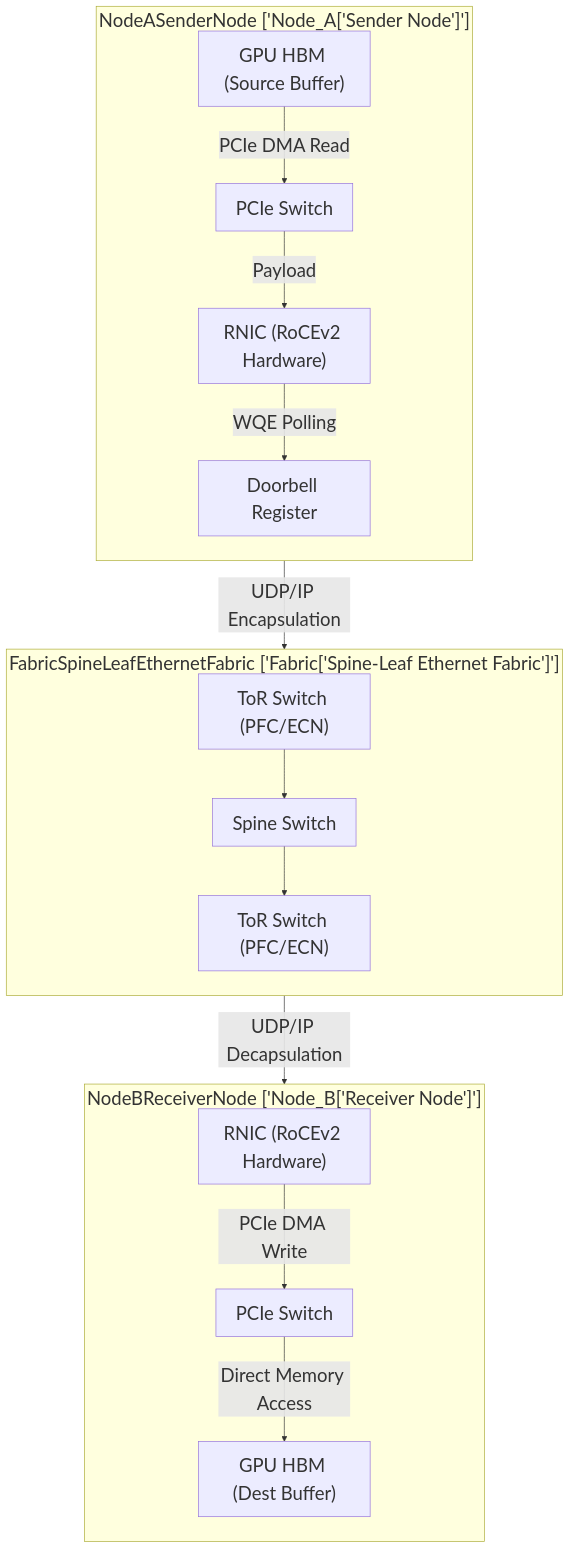
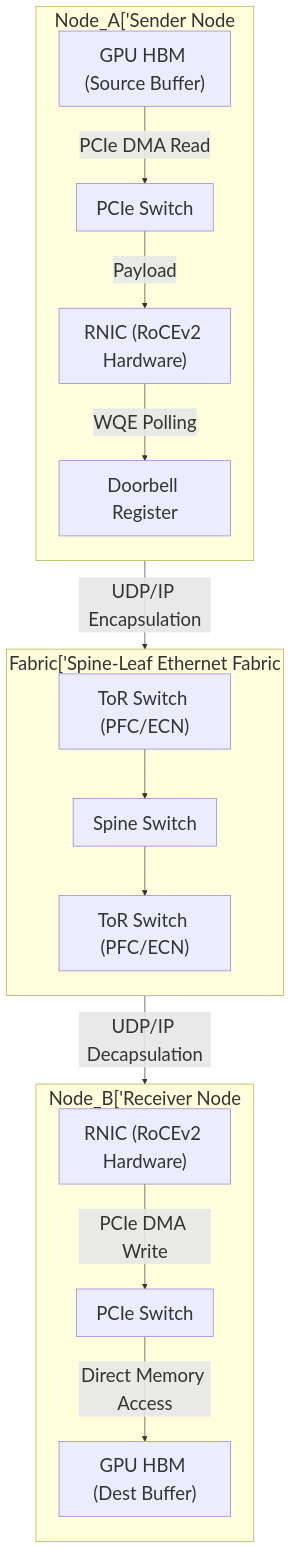
The diagram in skills/hardware-acceleration/rdma-roce/SKILL.md (j4flmao/agent-skills), drawn with Mermaid before and after one commit. The commit also changed 38 other files, not shown here.

Commit message:
style(skills): Add padding to Mermaid subgraphs to prevent label overlap with nodes

````diff
--- a/skills/hardware-acceleration/rdma-roce/SKILL.md
+++ b/skills/hardware-acceleration/rdma-roce/SKILL.md
@@ -24,37 +24,37 @@
 ```mermaid
 %%{init: {"theme": "default", "themeVariables": {"fontSize": "28px"}, "flowchart": {"useMaxWidth": false}}}%%
 flowchart TD
-    subgraph NodeASenderNodeNodeASenderNode ["NodeASenderNode ['Node_A['Sender Node']']"]
+    subgraph NodeASenderNodeNodeASenderNode ["Node_A['Sender Node<br/>"]
         direction TB
         GPU_A["GPU HBM (Source Buffer)"]
         PCIe_A["PCIe Switch"]
         NIC_A["RNIC (RoCEv2 Hardware)"]
         
         GPU_A -->|PCIe DMA Read| PCIe_A
         PCIe_A -->|Payload| NIC_A
         NIC_A -->|WQE Polling| Doorbell_A["Doorbell Register"]
     end
 
-    subgraph FabricSpineLeafEthernetFabricFabricSpineLeafEthernetFabric ["FabricSpineLeafEthernetFabric ['Fabric['Spine-Leaf Ethernet Fabric']']"]
+    subgraph FabricSpineLeafEthernetFabricFabricSpineLeafEthernetFabric ["Fabric['Spine-Leaf Ethernet Fabric<br/>"]
         direction TB
         ToR_A["ToR Switch (PFC/ECN)"]
         Spine["Spine Switch"]
         ToR_B["ToR Switch (PFC/ECN)"]
         
         ToR_A --> Spine
         Spine --> ToR_B
     end
 
-    subgraph NodeBReceiverNodeNodeBReceiverNode ["NodeBReceiverNode ['Node_B['Receiver Node']']"]
+    subgraph NodeBReceiverNodeNodeBReceiverNode ["Node_B['Receiver Node<br/>"]
         direction TB
         NIC_B["RNIC (RoCEv2 Hardware)"]
         PCIe_B["PCIe Switch"]
         GPU_B["GPU HBM (Dest Buffer)"]
         
         NIC_B -->|PCIe DMA Write| PCIe_B
         PCIe_B -->|Direct Memory Access| GPU_B
     end
 
     NIC_A -->|UDP/IP Encapsulation| ToR_A
     ToR_B -->|UDP/IP Decapsulation| NIC_B
 ```
````
